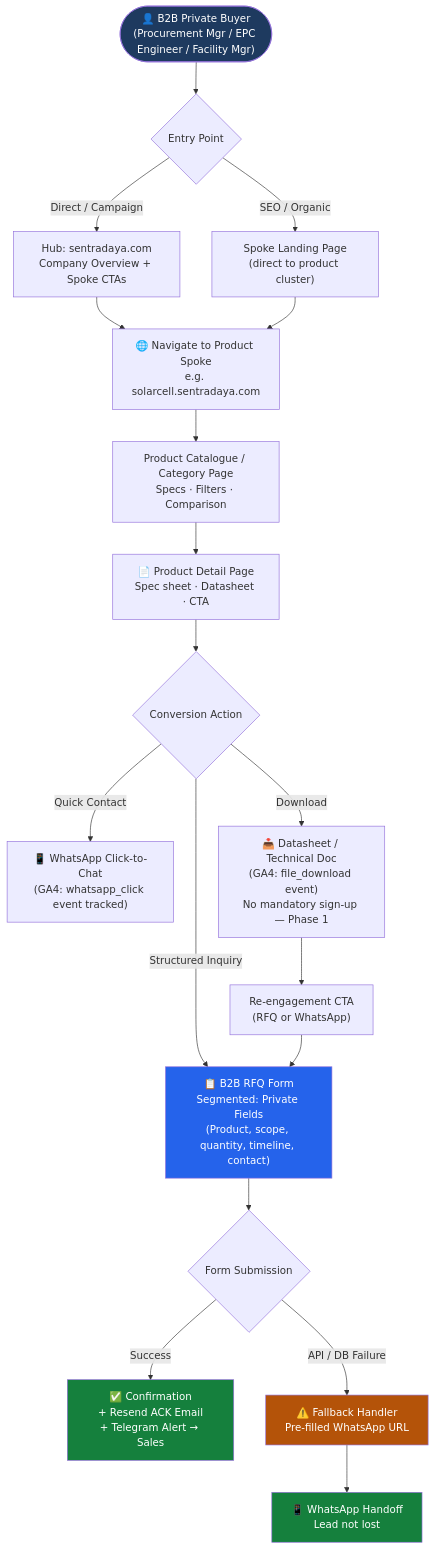
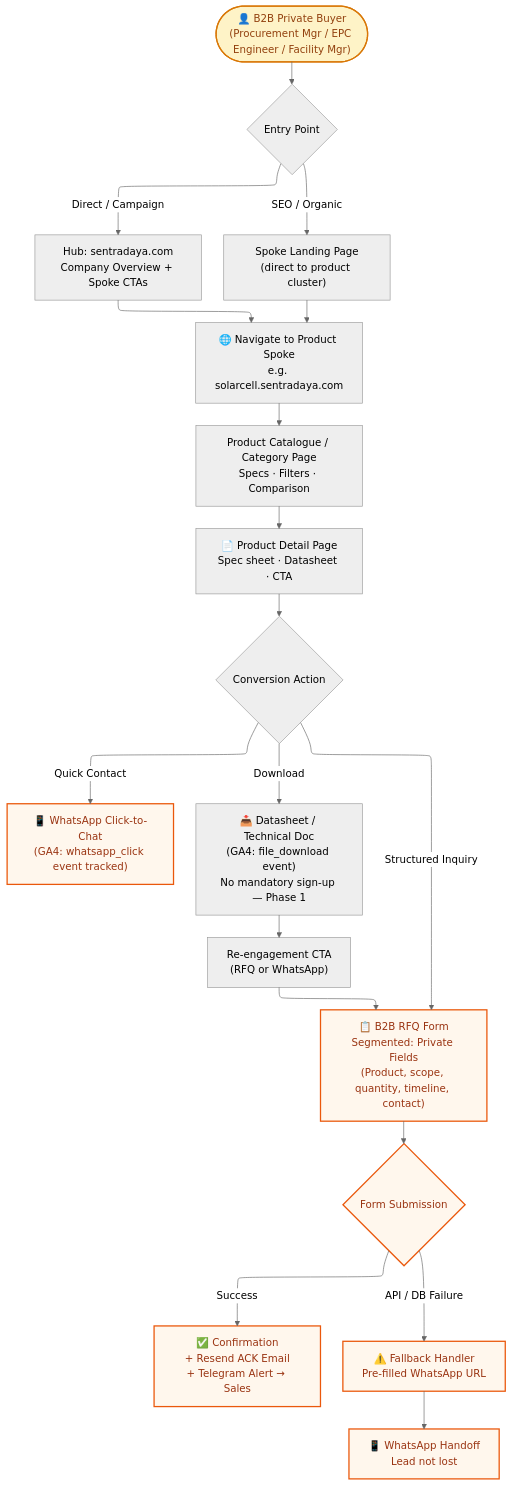
The third of 4 diagrams in .taskmaster/docs/prd/prd-v2.md (pampam666/awesome-website-test), drawn with Mermaid before and after one commit. The commit also changed other lines of this file and 7 other files, not shown here.

Commit message:
docs: initialize information architecture and project requirement documentation for digital ecosystem platform

````diff
--- a/.taskmaster/docs/prd/prd-v2.md
+++ b/.taskmaster/docs/prd/prd-v2.md
@@ -178,27 +191,36 @@
 ```mermaid
+---
+config:
+  layout: elk
+  theme: neutral
+---
 flowchart TD
+    classDef entry fill:#fef3c7,stroke:#d97706,stroke-width:2px,color:#92400e
+    classDef conversion fill:#fff7ed,stroke:#ea580c,stroke-width:2px,color:#9a3412
+
     A(["👤 B2B Private Buyer\n(Procurement Mgr / EPC Engineer / Facility Mgr)"])
     A --> B{"Entry Point"}
     B -->|"Direct / Campaign"| C["Hub: sentradaya.com\nCompany Overview + Spoke CTAs"]
     B -->|"SEO / Organic"| D["Spoke Landing Page\n(direct to product cluster)"]
     C --> E["🌐 Navigate to Product Spoke\ne.g. solarcell.sentradaya.com"]
     D --> E
     E --> F["Product Catalogue / Category Page\nSpecs · Filters · Comparison"]
     F --> G["📄 Product Detail Page\nSpec sheet · Datasheet · CTA"]
     G --> H{"Conversion Action"}
     H -->|"Structured Inquiry"| I["📋 B2B RFQ Form\nSegmented: Private Fields\n(Product, scope, quantity, timeline, contact)"]
     H -->|"Quick Contact"| J["📱 WhatsApp Click-to-Chat\n(GA4: whatsapp_click event tracked)"]
     H -->|"Download"| K["📥 Datasheet / Technical Doc\n(GA4: file_download event)\nNo mandatory sign-up — Phase 1"]
     I --> L{"Form Submission"}
     L -->|"Success"| M["✅ Confirmation\n+ Resend ACK Email\n+ Telegram Alert → Sales"]
     L -->|"API / DB Failure"| N["⚠️ Fallback Handler\nPre-filled WhatsApp URL"]
     N --> O["📱 WhatsApp Handoff\nLead not lost"]
     K --> P["Re-engagement CTA\n(RFQ or WhatsApp)"]
     P --> I
-
-    style A fill:#1e3a5f,color:#fff
-    style I fill:#2563eb,color:#fff
-    style M fill:#15803d,color:#fff
-    style N fill:#b45309,color:#fff
-    style O fill:#15803d,color:#fff
+    class A entry
+    class I conversion
+    class J conversion
+    class L conversion
+    class M conversion
+    class N conversion
+    class O conversion
 ```
````
